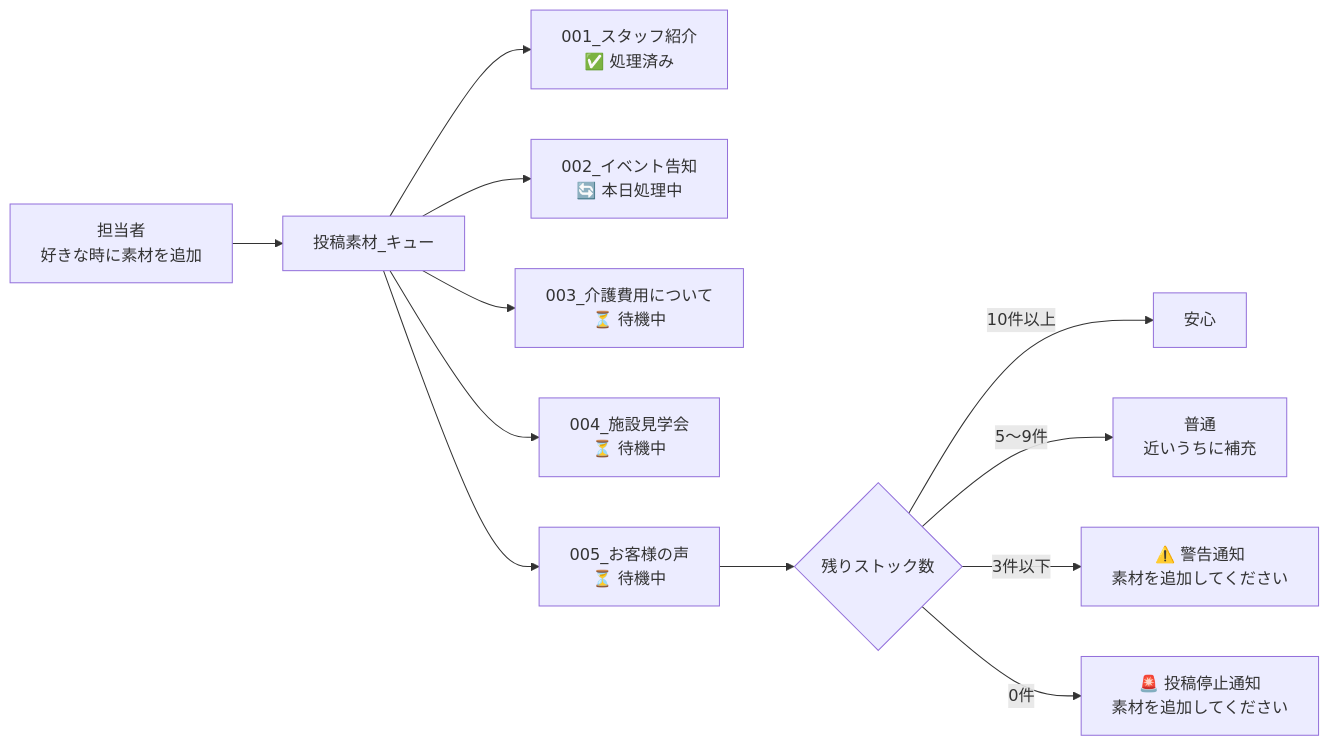
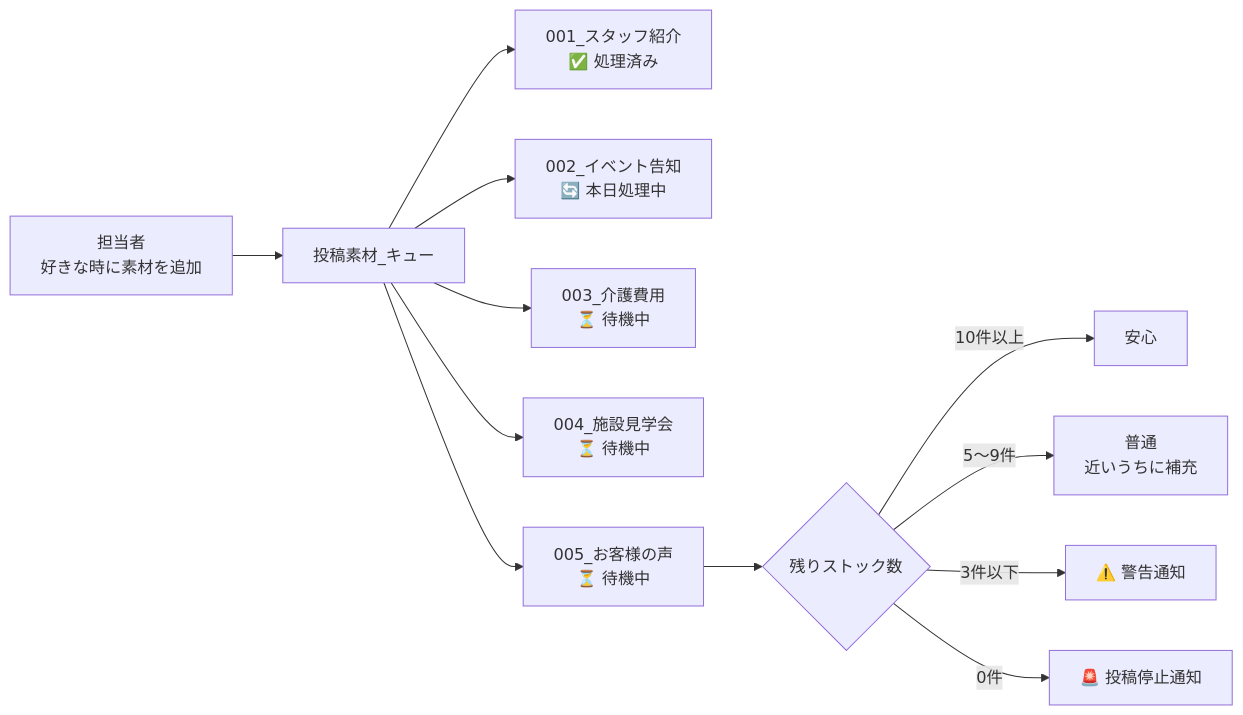
The fifth of 6 diagrams in SNS自動投稿_システム図.md (hideyoshihommura-design/koho-sesaku), drawn with Mermaid before and after one commit. The commit also changed other lines of this file and 1 other file, not shown here.

````diff
--- a/SNS自動投稿_システム図.md
+++ b/SNS自動投稿_システム図.md
@@ -140,16 +144,16 @@
 ```mermaid
 flowchart LR
     A[担当者\n好きな時に素材を追加] --> B[投稿素材_キュー]
 
     B --> B1[001_スタッフ紹介\n✅ 処理済み]
     B --> B2[002_イベント告知\n🔄 本日処理中]
-    B --> B3[003_介護費用について\n⏳ 待機中]
+    B --> B3[003_介護費用\n⏳ 待機中]
     B --> B4[004_施設見学会\n⏳ 待機中]
     B --> B5[005_お客様の声\n⏳ 待機中]
 
     B5 --> C{残りストック数}
     C -->|10件以上| D[安心]
     C -->|5〜9件| E[普通\n近いうちに補充]
-    C -->|3件以下| F[⚠️ 警告通知\n素材を追加してください]
-    C -->|0件| G[🚨 投稿停止通知\n素材を追加してください]
+    C -->|3件以下| F[⚠️ 警告通知]
+    C -->|0件| G[🚨 投稿停止通知]
 ```
````
